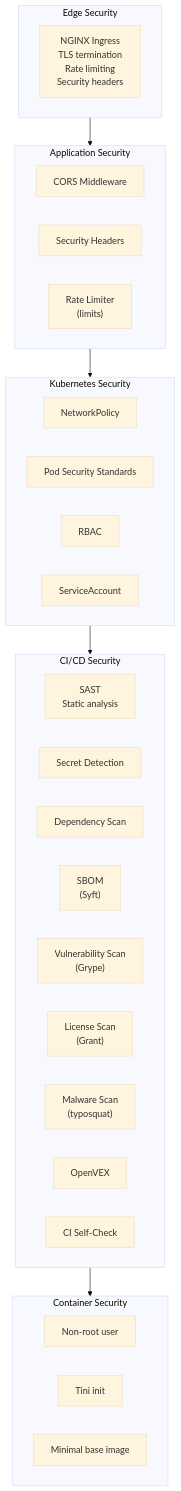
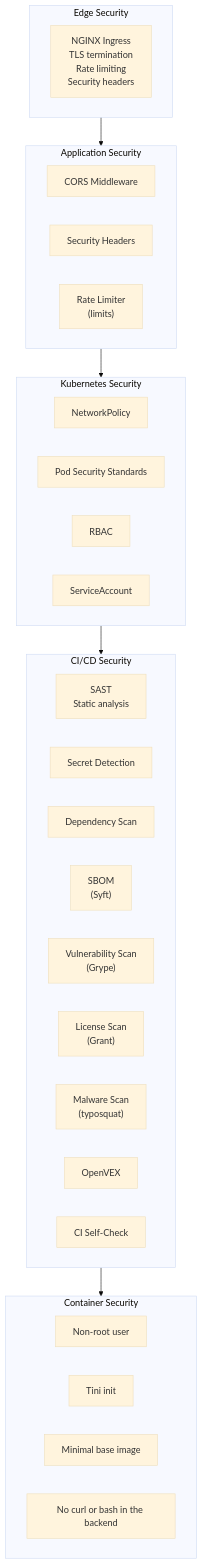
One commit to berserkhmdvhb/fullstack_template changed the diagram in wiki/security.md. Above: the diagram before and after it, drawn with Mermaid (base theme). The commit also changed other lines of this file and 25 other files, not shown here.

First line of the commit message:
build(backend): drop curl, bash and the shell scripts from the image

````diff
--- a/wiki/security.md
+++ b/wiki/security.md
@@ -29,39 +29,40 @@
 ```mermaid
 flowchart TB
     subgraph Edge["Edge Security"]
         IC["NGINX Ingress<br/>TLS termination<br/>Rate limiting<br/>Security headers"]
     end
 
     subgraph App["Application Security"]
         CORS["CORS Middleware"]
         Headers["Security Headers"]
         RateLimit["Rate Limiter<br/>(limits)"]
     end
 
     subgraph K8s["Kubernetes Security"]
         NetPol["NetworkPolicy"]
         PodSec["Pod Security Standards"]
         RBAC["RBAC"]
         SA["ServiceAccount"]
     end
 
     subgraph CI["CI/CD Security"]
         SAST["SAST<br/>Static analysis"]
         Secret["Secret Detection"]
         DepScan["Dependency Scan"]
         SBOM["SBOM<br/>(Syft)"]
         Vuln["Vulnerability Scan<br/>(Grype)"]
         License["License Scan<br/>(Grant)"]
         Malware["Malware Scan<br/>(typosquat)"]
         Vex["OpenVEX"]
         SelfCheck["CI Self-Check"]
     end
 
     subgraph Container["Container Security"]
         NonRoot["Non-root user"]
         Tini["Tini init"]
         Minimal["Minimal base image"]
+        NoShell["No curl or bash in the backend"]
     end
 
     Edge --> App --> K8s --> CI --> Container
 ```
````
